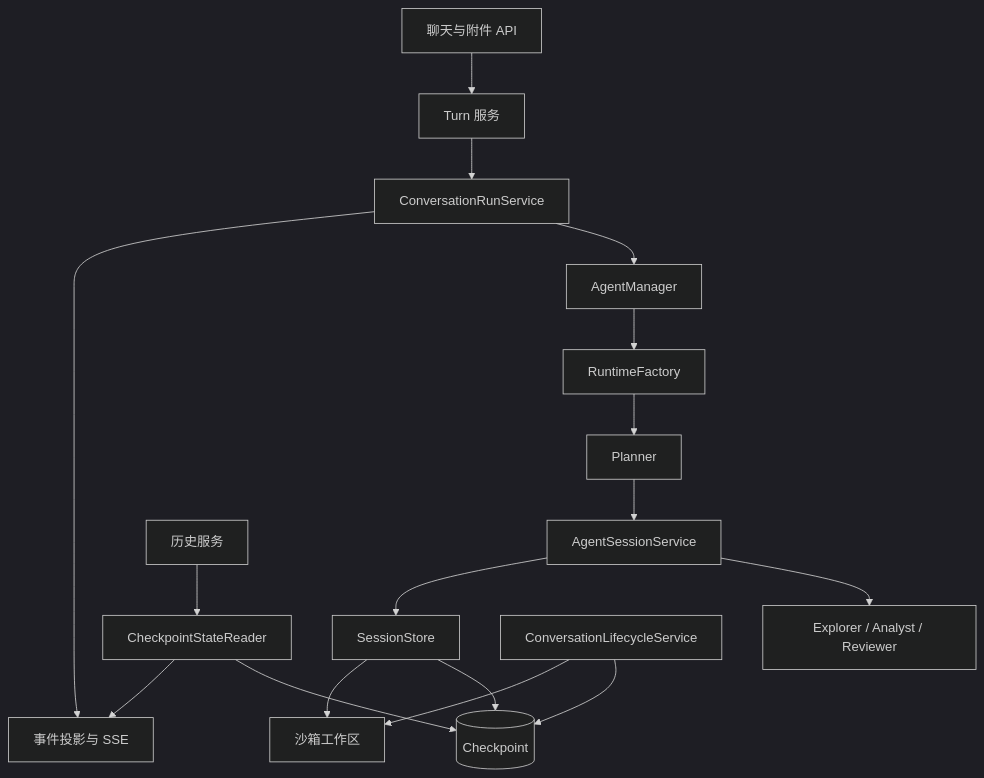
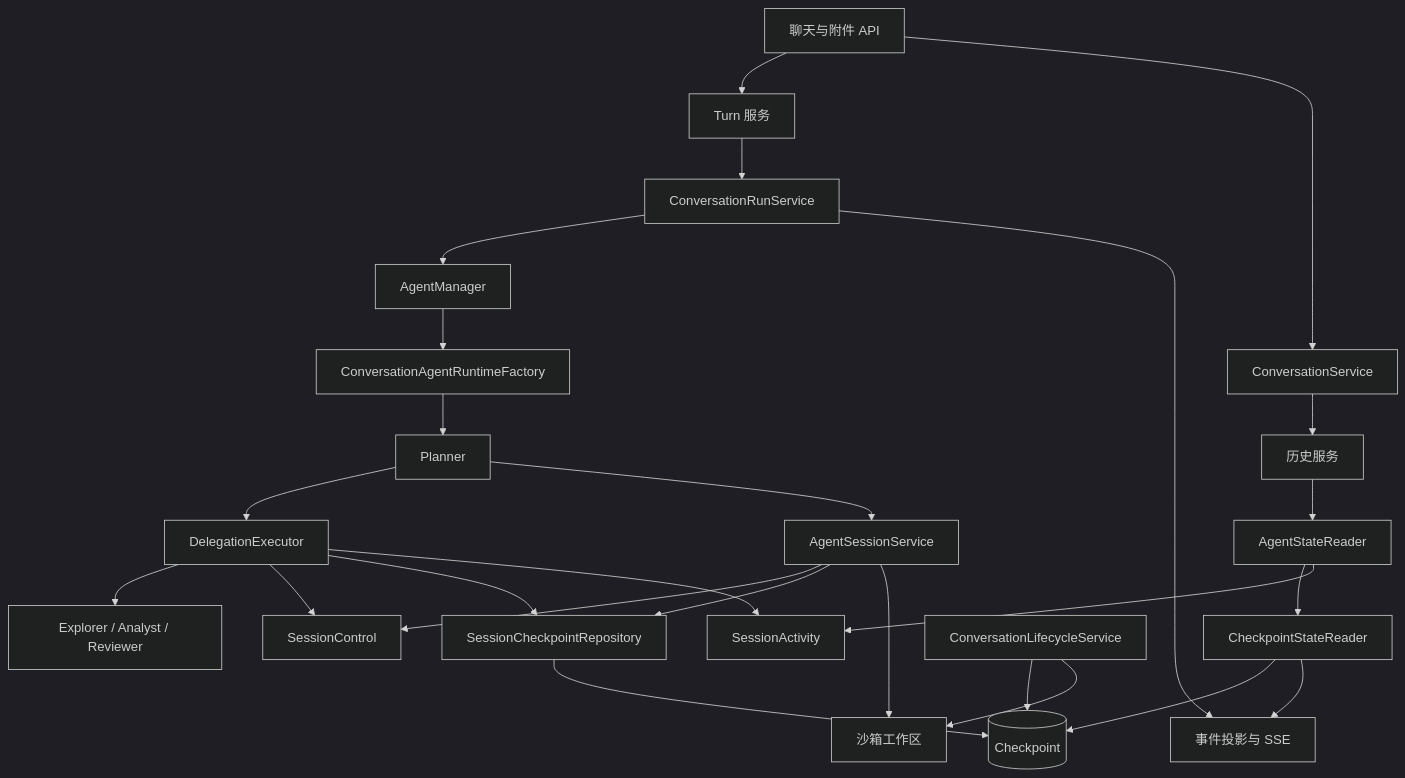
Before and after one commit to 2739673455/dataagent: the first of 2 diagrams in docs/06_对话与多智能体协作.md, drawn with Mermaid (dark theme). The commit also changed other lines of this file and 332 other files, not shown here.

````diff
--- a/docs/06_对话与多智能体协作.md
+++ b/docs/06_对话与多智能体协作.md
@@ -7,19 +214,28 @@
 ```mermaid
 flowchart TD
     API[聊天与附件 API] --> TURN[Turn 服务]
     TURN --> RUN[ConversationRunService]
     RUN --> MANAGER[AgentManager]
-    MANAGER --> FACTORY[RuntimeFactory]
+    MANAGER --> FACTORY[ConversationAgentRuntimeFactory]
     FACTORY --> PLANNER[Planner]
+    PLANNER --> DELEGATE[DelegationExecutor]
     PLANNER --> SESSION[AgentSessionService]
-    SESSION --> SPECIALIST[Explorer / Analyst / Reviewer]
-    SESSION --> STORE[SessionStore]
+    DELEGATE --> SPECIALIST[Explorer / Analyst / Reviewer]
+    DELEGATE --> CONTROL[SessionControl]
+    SESSION --> CONTROL
+    SESSION --> STORE[SessionCheckpointRepository]
+    DELEGATE --> STORE
     STORE --> PG[(Checkpoint)]
-    STORE --> SANDBOX[沙箱工作区]
+    SESSION --> SANDBOX[沙箱工作区]
     RUN --> EVENTS[事件投影与 SSE]
-    HISTORY[历史服务] --> READER[CheckpointStateReader]
+    API --> CONVERSATION[ConversationService]
+    CONVERSATION --> HISTORY[历史服务]
+    HISTORY --> STATE[AgentStateReader]
+    STATE --> READER[CheckpointStateReader]
+    STATE --> ACTIVE[SessionActivity]
+    DELEGATE --> ACTIVE
     READER --> PG
     READER --> EVENTS
     LIFE[ConversationLifecycleService] --> PG
     LIFE --> SANDBOX
 ```
````
